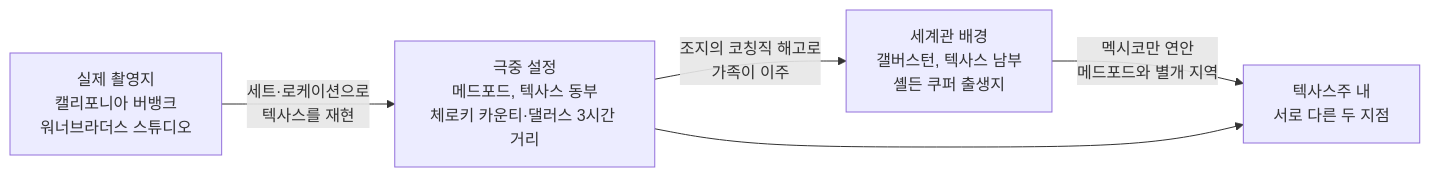
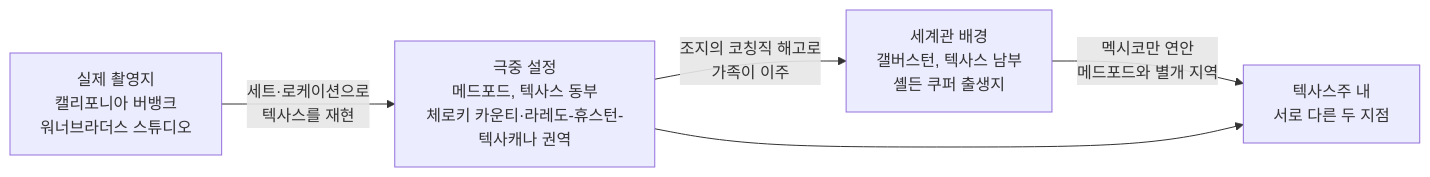
The diagram in content/collection/TV-Show/2026/2026-07-22-young-sheldon-medford-texas-setting-filming-location/index.md (42jerrykim/42jerrykim.github.io), drawn with Mermaid before and after one commit. The commit also changed other lines of this file and 5 other files, not shown here.

````diff
--- a/content/collection/TV-Show/2026/2026-07-22-young-sheldon-medford-texas-setting-filming-location/index.md
+++ b/content/collection/TV-Show/2026/2026-07-22-young-sheldon-medford-texas-setting-filming-location/index.md
@@ -79,10 +79,10 @@
 ```mermaid
 flowchart LR
-    A["극중 설정</br>메드포드, 텍사스 동부</br>체로키 카운티·댈러스 3시간 거리"]
+    A["극중 설정</br>메드포드, 텍사스 동부</br>체로키 카운티·라레도-휴스턴-텍사캐나 권역"]
     B["실제 촬영지</br>캘리포니아 버뱅크</br>워너브라더스 스튜디오"]
     C["세계관 배경</br>갤버스턴, 텍사스 남부</br>셸든 쿠퍼 출생지"]
     A -->|"조지의 코칭직 해고로</br>가족이 이주"| C
     B -->|"세트·로케이션으로</br>텍사스를 재현"| A
     C -->|"멕시코만 연안</br>메드포드와 별개 지역"| D["텍사스주 내</br>서로 다른 두 지점"]
     A --> D
 ```
````
